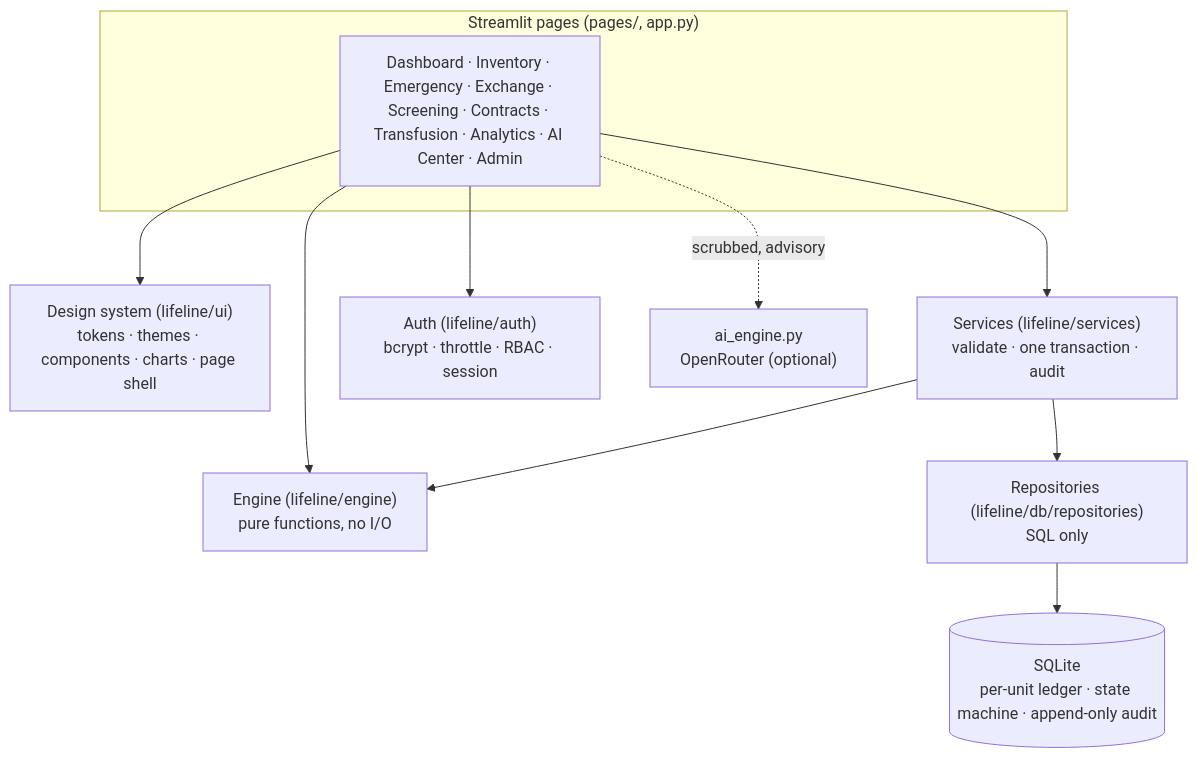
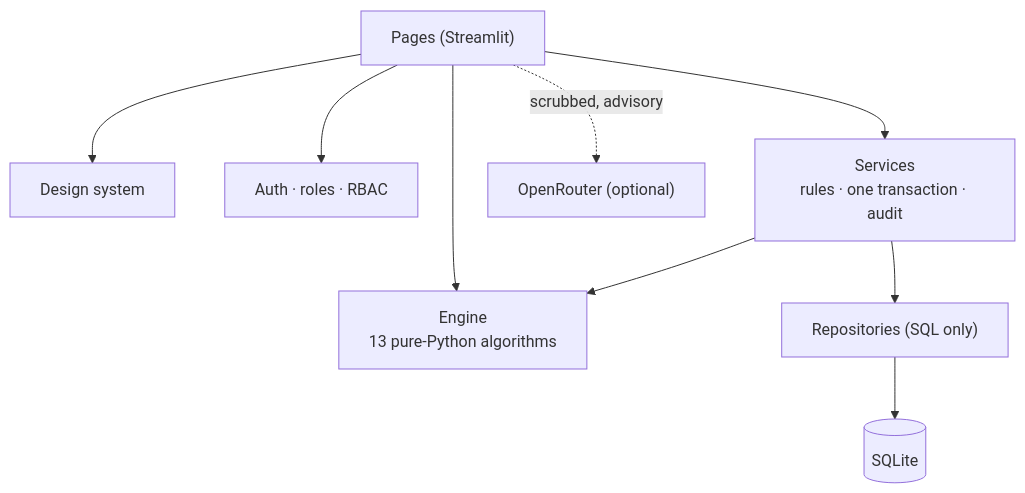
The diagram in README.md (hani-k07/lifeline), drawn with Mermaid before and after one commit. The commit also changed other lines of this file, not shown here.

````diff
--- a/README.md
+++ b/README.md
@@ -70,20 +62,10 @@
 ```mermaid
 flowchart TB
-    subgraph UI["Streamlit pages (pages/, app.py)"]
-        P[Dashboard · Inventory · Emergency · Exchange · Screening · Contracts · Transfusion · Analytics · AI Center · Admin]
-    end
-    DS["Design system (lifeline/ui)<br/>tokens · themes · components · charts · page shell"]
-    SV["Services (lifeline/services)<br/>validate · one transaction · audit"]
-    EN["Engine (lifeline/engine)<br/>pure functions, no I/O"]
-    AU["Auth (lifeline/auth)<br/>bcrypt · throttle · RBAC · session"]
-    RP["Repositories (lifeline/db/repositories)<br/>SQL only"]
-    DB[("SQLite<br/>per-unit ledger · state machine · append-only audit")]
-    AI["ai_engine.py<br/>OpenRouter (optional)"]
-    P --> DS
-    P --> SV
-    P --> EN
-    P --> AU
-    P -.scrubbed, advisory.-> AI
-    SV --> RP --> DB
+    P["Pages (Streamlit)"] --> UI["Design system"]
+    P --> AU["Auth · roles · RBAC"]
+    P --> SV["Services<br/>rules · one transaction · audit"]
+    P --> EN["Engine<br/>13 pure-Python algorithms"]
     SV --> EN
+    SV --> RP["Repositories (SQL only)"] --> DB[("SQLite")]
+    P -. "scrubbed, advisory" .-> AI["OpenRouter (optional)"]
 ```
````
